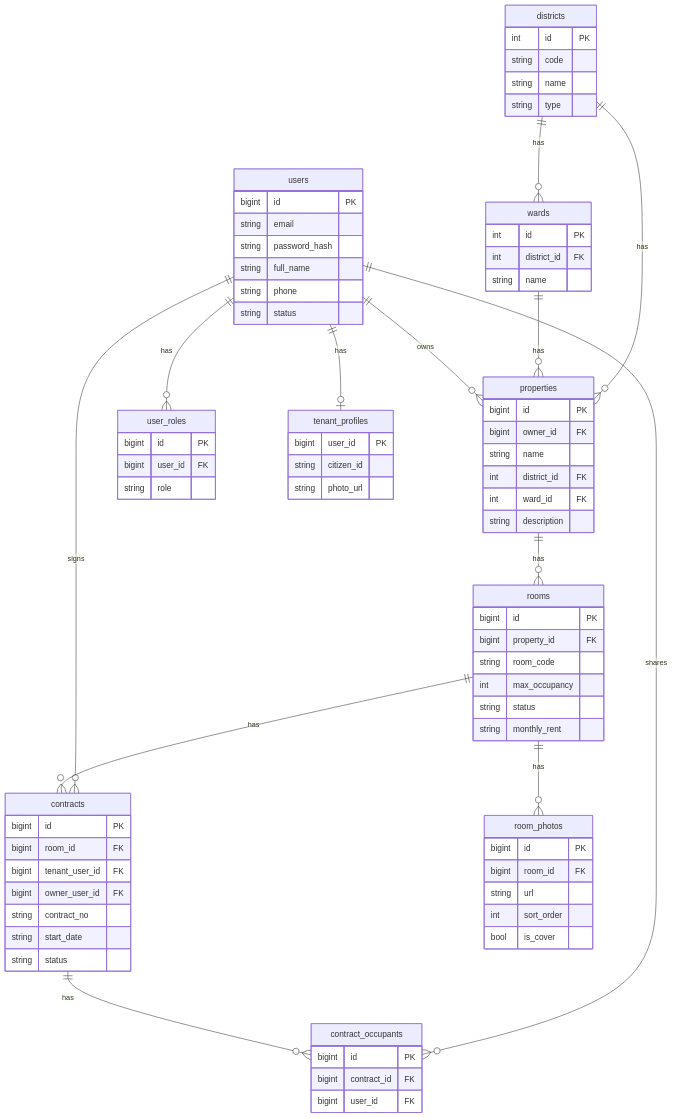
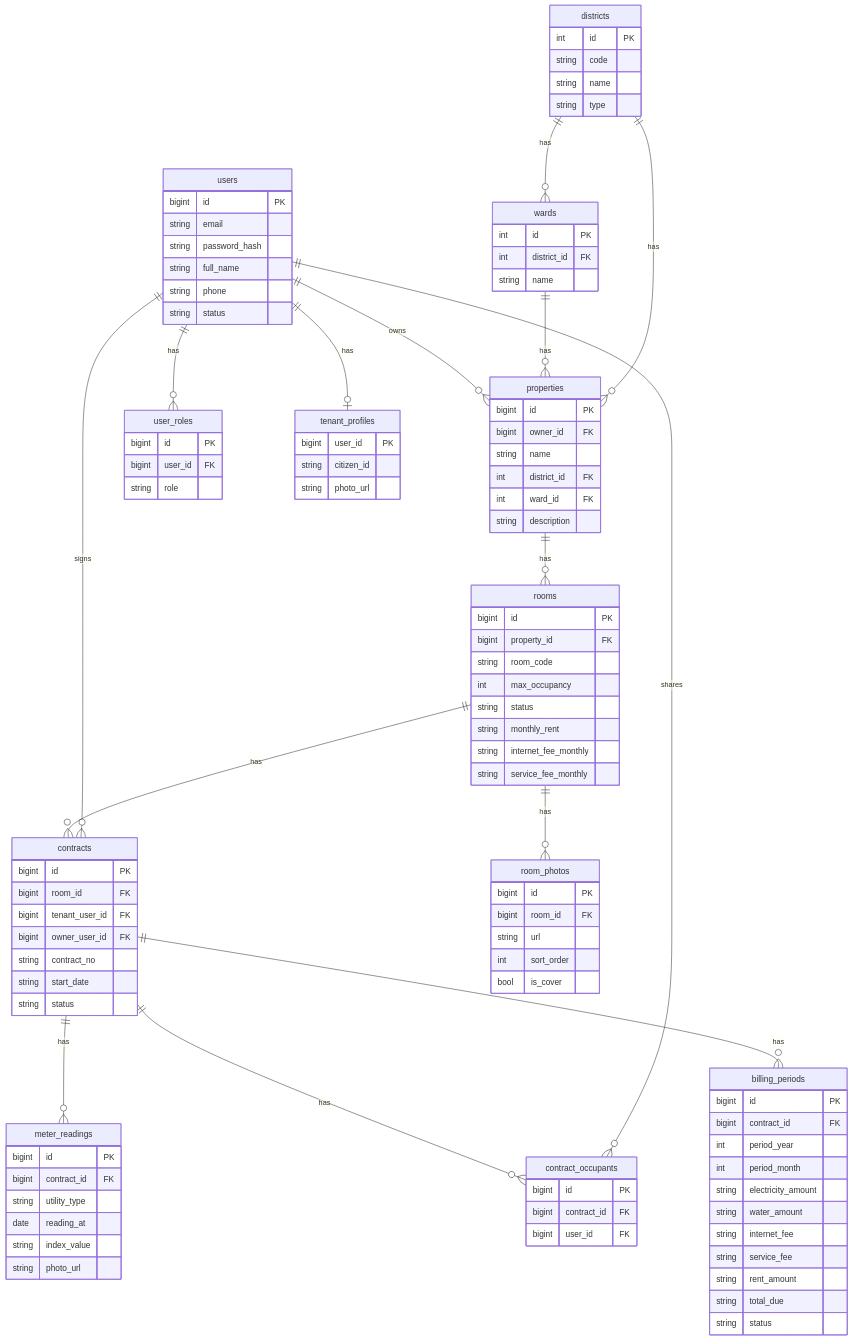
The diagram in docs/mysql-schema.mmd (i3luesky99/Hostel-BE), drawn with Mermaid before and after one commit. The commit also changed 28 other files, not shown here.

First line of the commit message:
Add billing and meter reading features to NestJS API

```diff
--- a/docs/mysql-schema.mmd
+++ b/docs/mysql-schema.mmd
@@ -1,90 +1,117 @@
 %% Hostel MySQL ER — regenerate PNG: npx @mermaid-js/mermaid-cli -i docs/mysql-schema.mmd -o docs/mysql-schema.png
 erDiagram
   districts ||--o{ wards : has
   districts ||--o{ properties : has
   wards ||--o{ properties : has
   users ||--o{ user_roles : has
   users ||--o| tenant_profiles : has
   users ||--o{ properties : owns
   users ||--o{ contracts : signs
   users ||--o{ contract_occupants : shares
   properties ||--o{ rooms : has
   rooms ||--o{ room_photos : has
   rooms ||--o{ contracts : has
   contracts ||--o{ contract_occupants : has
+  contracts ||--o{ meter_readings : has
+  contracts ||--o{ billing_periods : has
 
   districts {
     int id PK
     string code
     string name
     string type
   }
 
   wards {
     int id PK
     int district_id FK
     string name
   }
 
   users {
     bigint id PK
     string email
     string password_hash
     string full_name
     string phone
     string status
   }
 
   user_roles {
     bigint id PK
     bigint user_id FK
     string role
   }
 
   tenant_profiles {
     bigint user_id PK
     string citizen_id
     string photo_url
   }
 
   properties {
     bigint id PK
     bigint owner_id FK
     string name
     int district_id FK
     int ward_id FK
     string description
   }
 
   rooms {
     bigint id PK
     bigint property_id FK
     string room_code
     int max_occupancy
     string status
     string monthly_rent
+    string internet_fee_monthly
+    string service_fee_monthly
   }
 
   room_photos {
     bigint id PK
     bigint room_id FK
     string url
     int sort_order
     bool is_cover
   }
 
   contracts {
     bigint id PK
     bigint room_id FK
     bigint tenant_user_id FK
     bigint owner_user_id FK
     string contract_no
     string start_date
     string status
   }
 
   contract_occupants {
     bigint id PK
     bigint contract_id FK
     bigint user_id FK
   }
+
+  meter_readings {
+    bigint id PK
+    bigint contract_id FK
+    string utility_type
+    date reading_at
+    string index_value
+    string photo_url
+  }
+
+  billing_periods {
+    bigint id PK
+    bigint contract_id FK
+    int period_year
+    int period_month
+    string electricity_amount
+    string water_amount
+    string internet_fee
+    string service_fee
+    string rent_amount
+    string total_due
+    string status
+  }
```
